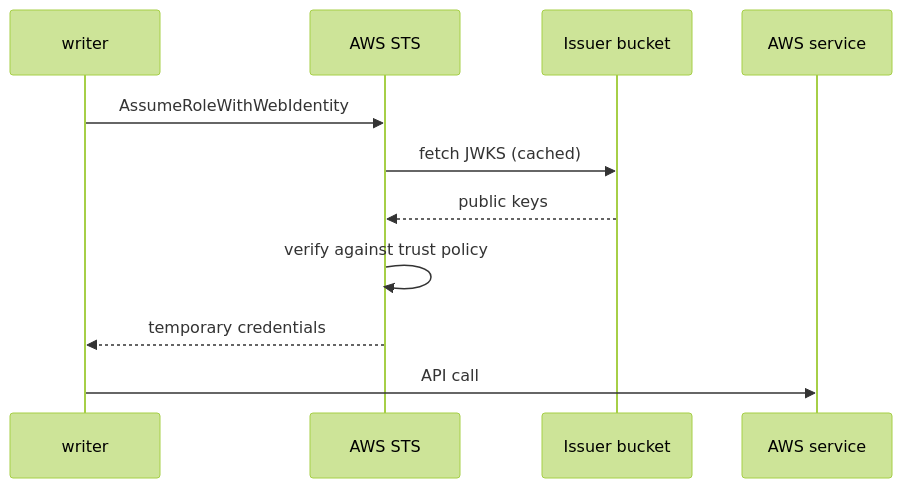
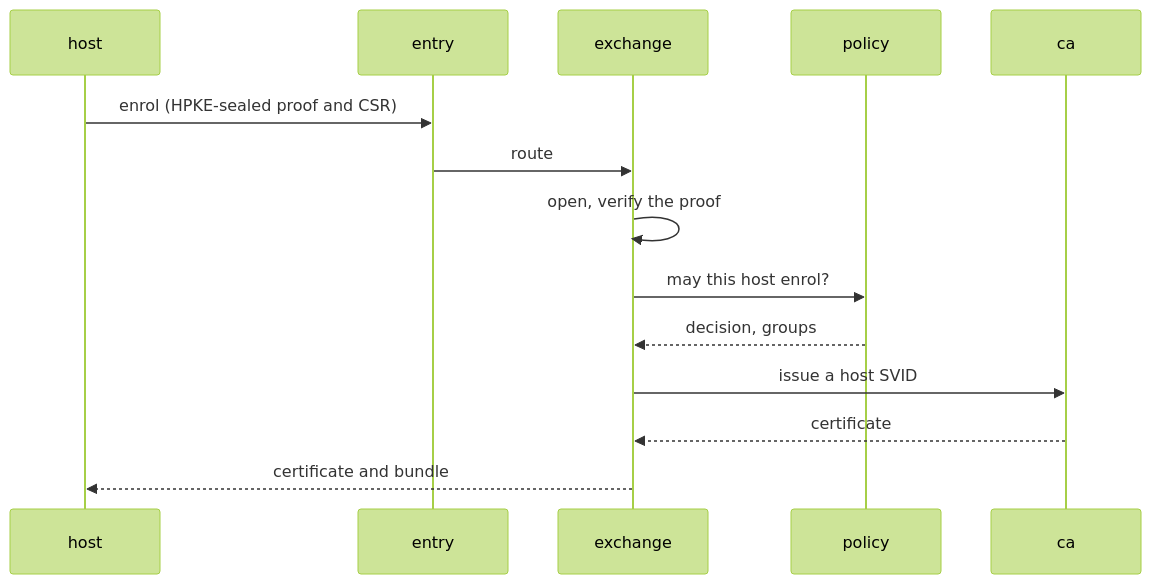
The second of 2 diagrams in docs/concepts/identity.md (truvity/sluis), drawn with Mermaid (forest theme) before and after one commit. The commit also changed other lines of this file and 118 other files, not shown here.

````diff
--- a/docs/concepts/identity.md
+++ b/docs/concepts/identity.md
@@ -76,13 +121,16 @@
 ```mermaid
 sequenceDiagram
-  participant D as writer
-  participant S as AWS STS
-  participant B as Issuer bucket
-  participant A as AWS service
-  D->>S: AssumeRoleWithWebIdentity
-  S->>B: fetch JWKS (cached)
-  B-->>S: public keys
-  S->>S: verify against trust policy
-  S-->>D: temporary credentials
-  D->>A: API call
+  participant H as host
+  participant E as entry
+  participant X as exchange
+  participant P as policy
+  participant C as ca
+  H->>E: enrol (HPKE-sealed proof and CSR)
+  E->>X: route
+  X->>X: open, verify the proof
+  X->>P: may this host enrol?
+  P-->>X: decision, groups
+  X->>C: issue a host SVID
+  C-->>X: certificate
+  X-->>H: certificate and bundle
 ```
````
